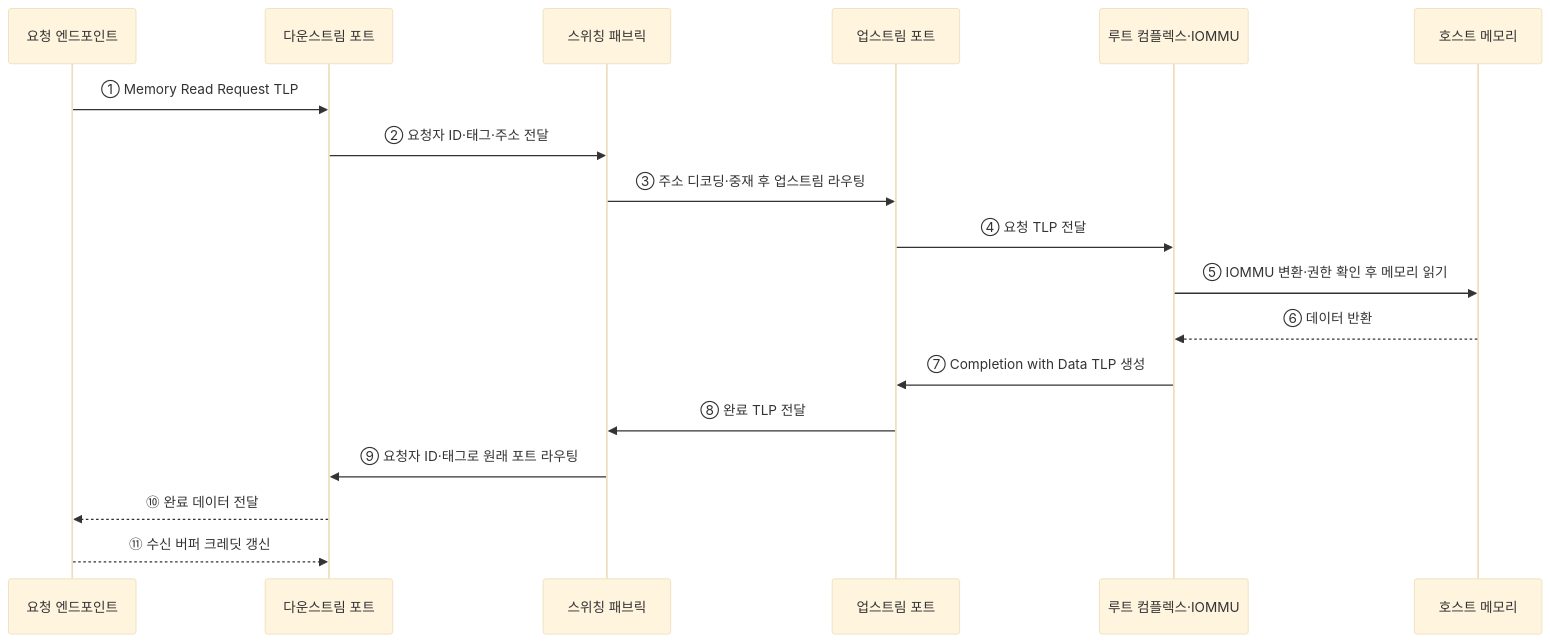
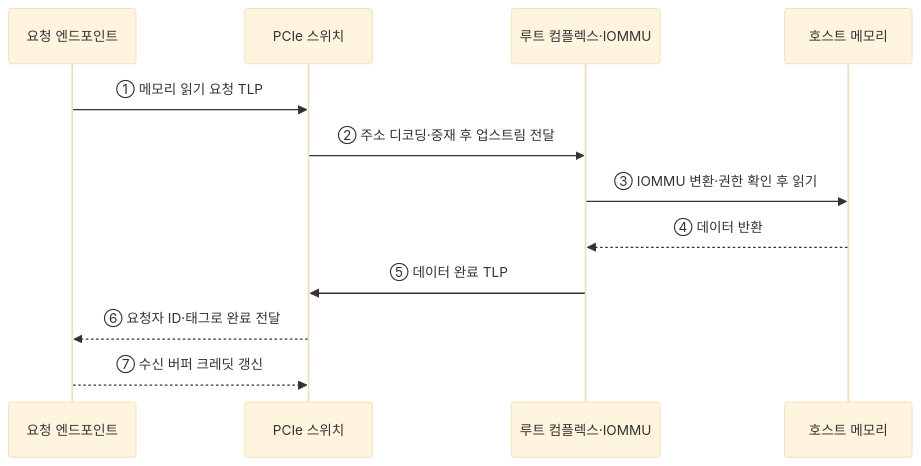
Before and after one commit to agnusdei1207/knowledge-base: the second of 2 diagrams in src/content/docs/notes/02-hardware/079_pcie_switching.md, drawn with Mermaid (base theme). The commit also changed other lines of this file and 20 other files, not shown here.

````diff
--- a/src/content/docs/notes/02-hardware/079_pcie_switching.md
+++ b/src/content/docs/notes/02-hardware/079_pcie_switching.md
@@ -99,21 +81,15 @@
 ```mermaid
 sequenceDiagram
     participant E as 요청 엔드포인트
-    participant D as 다운스트림 포트
-    participant F as 스위칭 패브릭
-    participant U as 업스트림 포트
+    participant S as PCIe 스위치
     participant R as 루트 컴플렉스·IOMMU
     participant M as 호스트 메모리
 
-    E->>D: ① Memory Read Request TLP
-    D->>F: ② 요청자 ID·태그·주소 전달
-    F->>U: ③ 주소 디코딩·중재 후 업스트림 라우팅
-    U->>R: ④ 요청 TLP 전달
-    R->>M: ⑤ IOMMU 변환·권한 확인 후 메모리 읽기
-    M-->>R: ⑥ 데이터 반환
-    R->>U: ⑦ Completion with Data TLP 생성
-    U->>F: ⑧ 완료 TLP 전달
-    F->>D: ⑨ 요청자 ID·태그로 원래 포트 라우팅
-    D-->>E: ⑩ 완료 데이터 전달
-    E-->>D: ⑪ 수신 버퍼 크레딧 갱신
+    E->>S: ① 메모리 읽기 요청 TLP
+    S->>R: ② 주소 디코딩·중재 후 업스트림 전달
+    R->>M: ③ IOMMU 변환·권한 확인 후 읽기
+    M-->>R: ④ 데이터 반환
+    R->>S: ⑤ 데이터 완료 TLP
+    S-->>E: ⑥ 요청자 ID·태그로 완료 전달
+    E-->>S: ⑦ 수신 버퍼 크레딧 갱신
 ```
````
